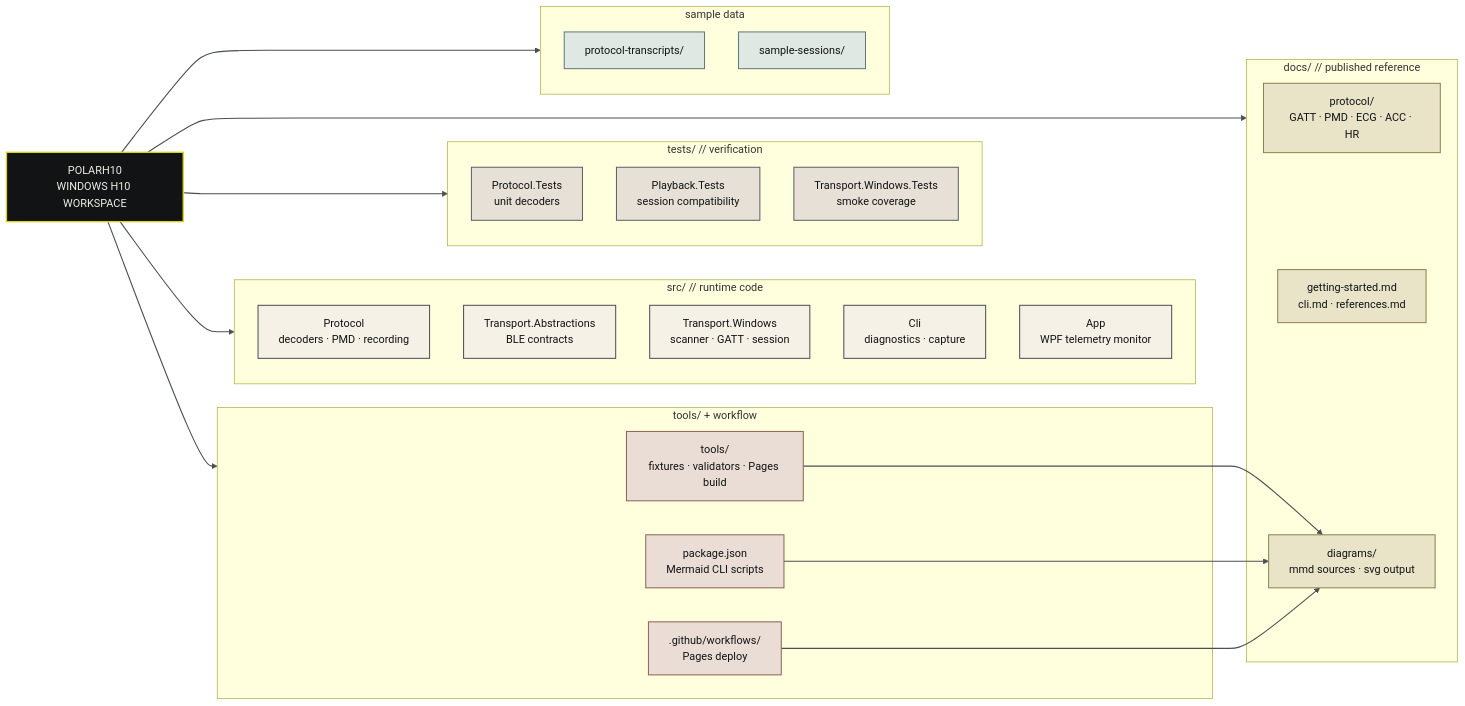
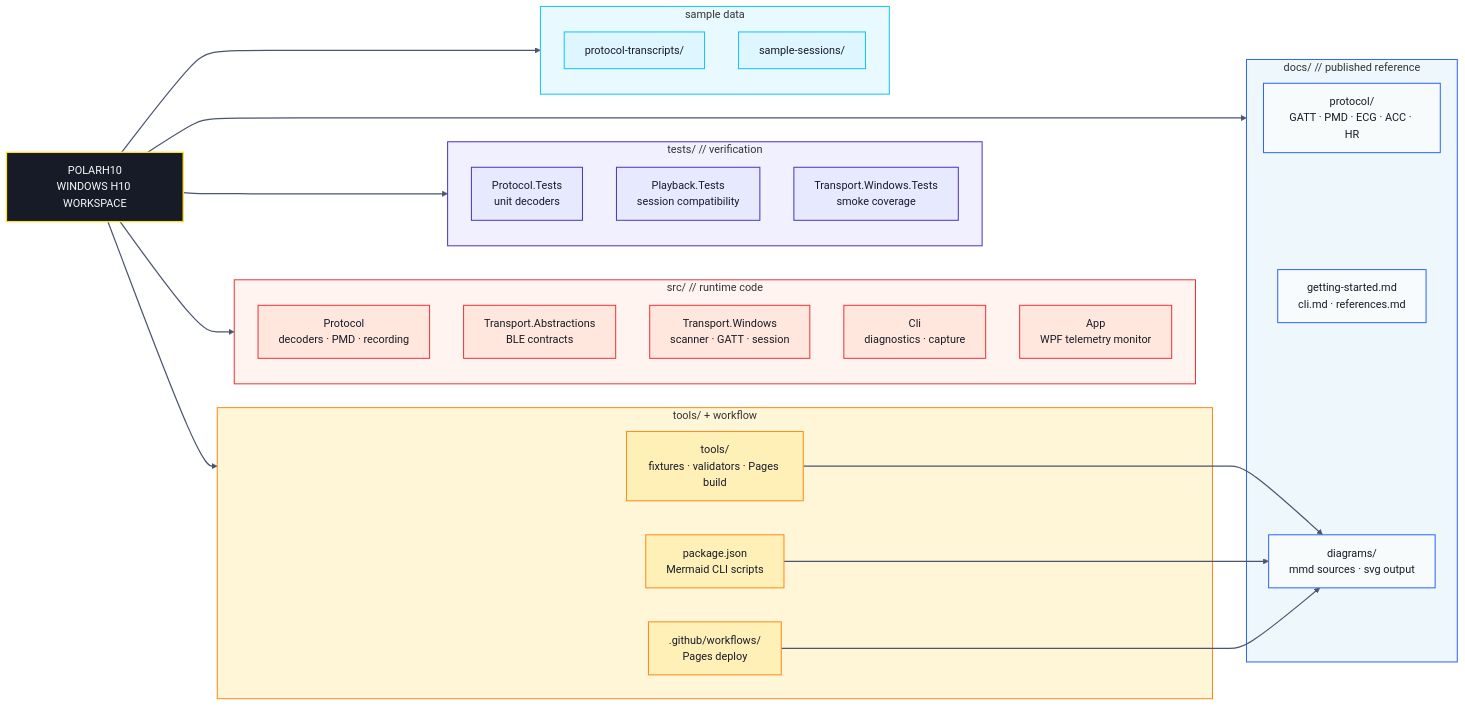
One commit to MesmerPrism/PolarH10 changed the diagram in docs/diagrams/repo-structure.mmd. Above: the diagram before and after it, drawn with Mermaid. The commit also changed 15 other files, not shown here.

Commit message:
Reframe site around app and intensify diagram palette

```diff
--- a/docs/diagrams/repo-structure.mmd
+++ b/docs/diagrams/repo-structure.mmd
@@ -1,59 +1,65 @@
 %% Repo structure overview - GitHub-facing and compact.
 %% Keep the README version lightweight; push deeper diagrams into docs/diagrams.
 
 flowchart LR
     R["POLARH10<br/>WINDOWS H10 WORKSPACE"]
 
     subgraph Source["src/ // runtime code"]
         P1["Protocol<br/>decoders · PMD · recording"]
         P2["Transport.Abstractions<br/>BLE contracts"]
         P3["Transport.Windows<br/>scanner · GATT · session"]
         P4["Cli<br/>diagnostics · capture"]
         P5["App<br/>WPF telemetry monitor"]
     end
 
     subgraph Tests["tests/ // verification"]
         T1["Protocol.Tests<br/>unit decoders"]
         T2["Playback.Tests<br/>session compatibility"]
         T3["Transport.Windows.Tests<br/>smoke coverage"]
     end
 
     subgraph Docs["docs/ // published reference"]
         D1["protocol/<br/>GATT · PMD · ECG · ACC · HR"]
         D2["getting-started.md<br/>cli.md · references.md"]
         D3["diagrams/<br/>mmd sources · svg output"]
     end
 
     subgraph Tooling["tools/ + workflow"]
         TL1["tools/<br/>fixtures · validators · Pages build"]
         TL2["package.json<br/>Mermaid CLI scripts"]
         TL3[".github/workflows/<br/>Pages deploy"]
     end
 
     subgraph Samples["sample data"]
         S1["protocol-transcripts/"]
         S2["sample-sessions/"]
     end
 
     R --> Source
     R --> Tests
     R --> Docs
     R --> Tooling
     R --> Samples
     TL1 --> D3
     TL2 --> D3
     TL3 --> D3
 
-    classDef hub fill:#111315,stroke:#D8D61A,color:#F1EEE6,stroke-width:2px;
-    classDef source fill:#F6F1E7,stroke:#4B4F52,color:#111315,stroke-width:1.5px;
-    classDef tests fill:#E7E0D6,stroke:#5B6266,color:#111315,stroke-width:1.5px;
-    classDef docs fill:#E9E4C8,stroke:#8A8250,color:#111315,stroke-width:1.5px;
-    classDef tooling fill:#EADDD5,stroke:#8B6656,color:#111315,stroke-width:1.5px;
-    classDef sample fill:#E0E8E4,stroke:#607C78,color:#111315,stroke-width:1.5px;
+    style Source fill:#FFF4EF,stroke:#F0343C,stroke-width:1.5px;
+    style Tests fill:#F1F0FF,stroke:#4E35C5,stroke-width:1.5px;
+    style Docs fill:#EEF7FC,stroke:#2E66FF,stroke-width:1.5px;
+    style Tooling fill:#FFF6D8,stroke:#FF8A1A,stroke-width:1.5px;
+    style Samples fill:#E8FAFF,stroke:#18C2FF,stroke-width:1.5px;
+
+    classDef hub fill:#171B27,stroke:#FFE22B,color:#F7FBFC,stroke-width:2px;
+    classDef source fill:#FFE7DD,stroke:#F0343C,color:#171B27,stroke-width:1.5px;
+    classDef tests fill:#E7EAFF,stroke:#4E35C5,color:#171B27,stroke-width:1.5px;
+    classDef docs fill:#F7FBFC,stroke:#2E66FF,color:#171B27,stroke-width:1.5px;
+    classDef tooling fill:#FFF0B8,stroke:#FF8A1A,color:#171B27,stroke-width:1.5px;
+    classDef sample fill:#DDF6FF,stroke:#18C2FF,color:#171B27,stroke-width:1.5px;
     class R hub;
     class P1,P2,P3,P4,P5 source;
     class T1,T2,T3 tests;
     class D1,D2,D3 docs;
     class TL1,TL2,TL3 tooling;
     class S1,S2 sample;
-    linkStyle default stroke:#4B4F52,stroke-width:1.6px;
+    linkStyle default stroke:#4B556D,stroke-width:1.8px;
```
